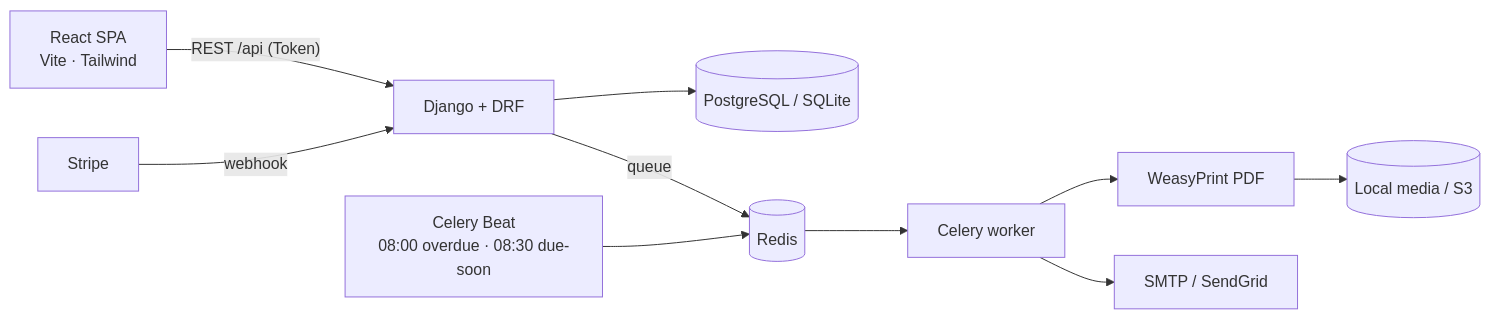
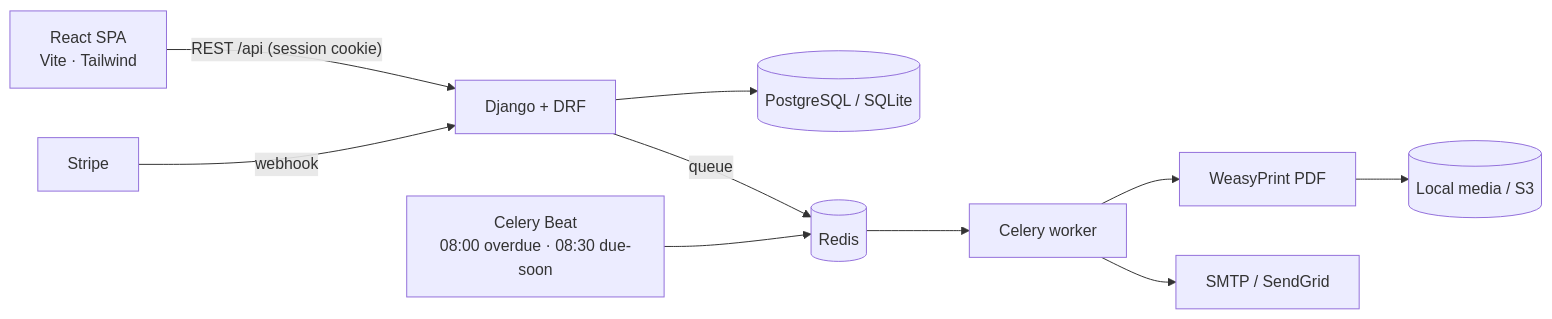
The first of 2 diagrams in README.md (Ashfaq10/FreelanceFlow), drawn with Mermaid before and after one commit. The commit also changed 19 other files, not shown here.

First line of the commit message:
feat(auth): HttpOnly session cookie + CSRF instead of localStorage token (SEC-5)

````diff
--- a/README.md
+++ b/README.md
@@ -109,12 +109,12 @@
 ```mermaid
 flowchart LR
-  SPA["React SPA<br/>Vite · Tailwind"] -->|"REST /api (Token)"| API["Django + DRF"]
+  SPA["React SPA<br/>Vite · Tailwind"] -->|"REST /api (session cookie)"| API["Django + DRF"]
   API --> DB[(PostgreSQL / SQLite)]
   API -->|queue| Redis[(Redis)]
   Redis --> Worker["Celery worker"]
   Beat["Celery Beat<br/>08:00 overdue · 08:30 due-soon"] --> Redis
   Worker --> PDF["WeasyPrint PDF"]
   Worker --> Mail["SMTP / SendGrid"]
   Stripe["Stripe"] -->|webhook| API
   PDF --> Storage[("Local media / S3")]
 ```
````
